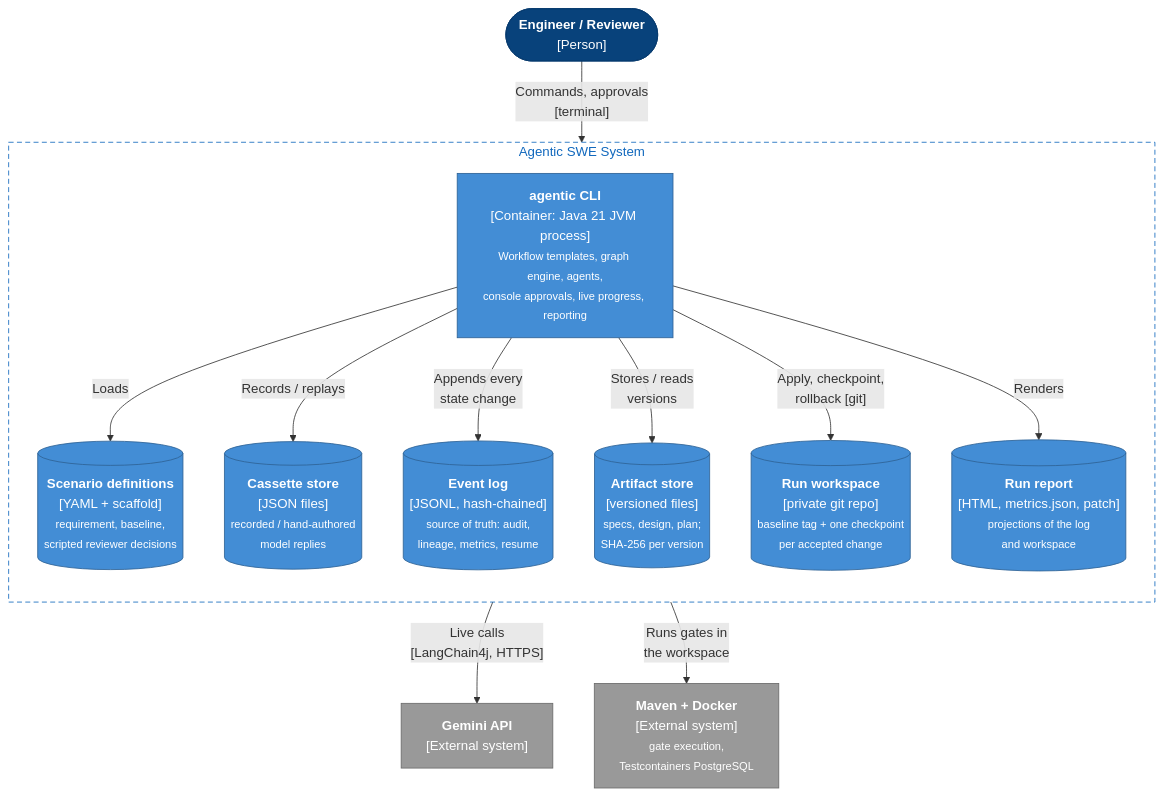
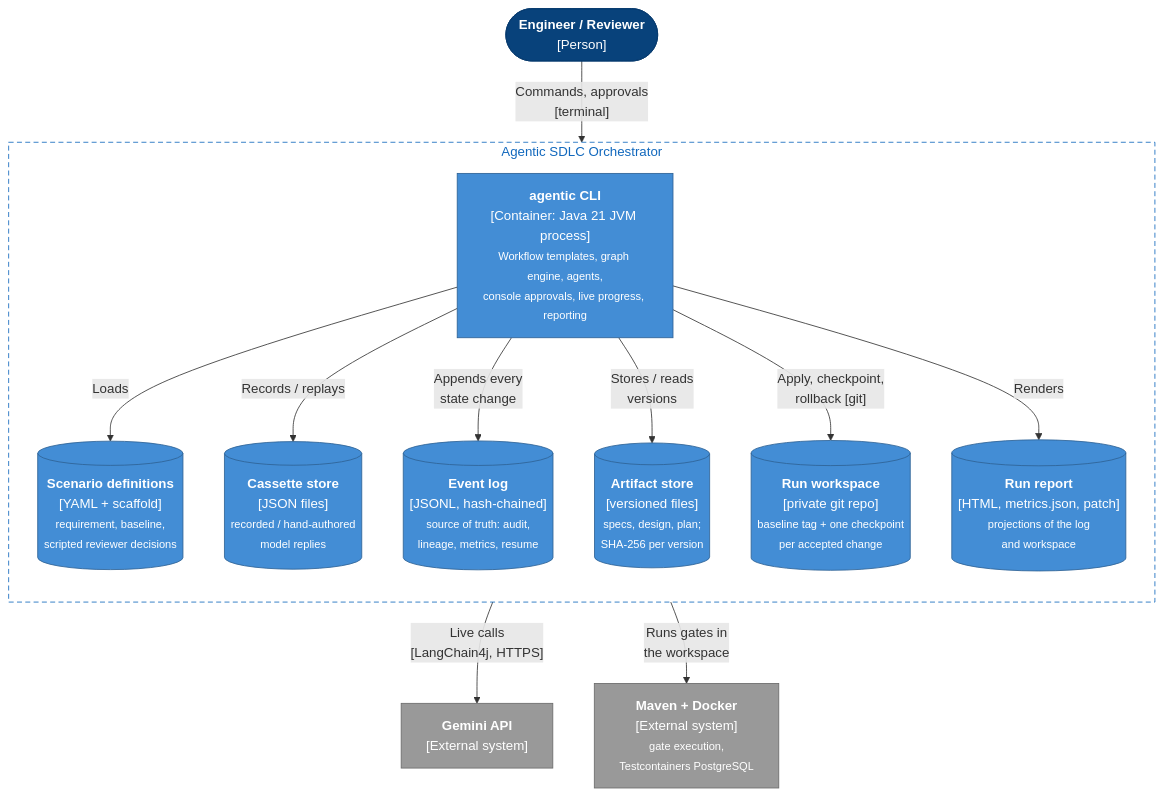
One commit to Marisha-Sahay/agentic-sdlc-orchestrator changed the second of 6 diagrams in docs/c4-model.md. Above: the diagram before and after it, drawn with Mermaid. The commit also changed other lines of this file and 12 other files, not shown here.

Commit message:
Rename to agentic-sdlc-orchestrator, add the auth ADR and refresh doc numbers

````diff
--- a/docs/c4-model.md
+++ b/docs/c4-model.md
@@ -61,36 +61,36 @@
 ```mermaid
 flowchart TB
   user(["<b>Engineer / Reviewer</b><br/>[Person]"])
 
-  subgraph sys["Agentic SWE System"]
+  subgraph sys["Agentic SDLC Orchestrator"]
     direction TB
     cli["<b>agentic CLI</b><br/>[Container: Java 21 JVM process]<br/><small>Workflow templates, graph engine, agents,<br/>console approvals, live progress, reporting</small>"]
     scenarios[("<b>Scenario definitions</b><br/>[YAML + scaffold]<br/><small>requirement, baseline,<br/>scripted reviewer decisions</small>")]
     cassettes[("<b>Cassette store</b><br/>[JSON files]<br/><small>recorded / hand-authored<br/>model replies</small>")]
     eventlog[("<b>Event log</b><br/>[JSONL, hash-chained]<br/><small>source of truth: audit,<br/>lineage, metrics, resume</small>")]
     artifacts[("<b>Artifact store</b><br/>[versioned files]<br/><small>specs, design, plan;<br/>SHA-256 per version</small>")]
     workspace[("<b>Run workspace</b><br/>[private git repo]<br/><small>baseline tag + one checkpoint<br/>per accepted change</small>")]
     report[("<b>Run report</b><br/>[HTML, metrics.json, patch]<br/><small>projections of the log<br/>and workspace</small>")]
   end
 
   llm["<b>Gemini API</b><br/>[External system]"]
   toolchain["<b>Maven + Docker</b><br/>[External system]<br/><small>gate execution,<br/>Testcontainers PostgreSQL</small>"]
 
   user -- "Commands, approvals<br/>[terminal]" --> cli
   cli -- "Loads" --> scenarios
   cli -- "Records / replays" --> cassettes
   cli -- "Live calls<br/>[LangChain4j, HTTPS]" --> llm
   cli -- "Appends every<br/>state change" --> eventlog
   cli -- "Stores / reads<br/>versions" --> artifacts
   cli -- "Apply, checkpoint,<br/>rollback [git]" --> workspace
   cli -- "Runs gates in<br/>the workspace" --> toolchain
   cli -- "Renders" --> report
 
   classDef person fill:#08427b,stroke:#073b6f,color:#fff
   classDef container fill:#438dd5,stroke:#2e6295,color:#fff
   classDef external fill:#999999,stroke:#6b6b6b,color:#fff
   class user person
   class cli,scenarios,cassettes,eventlog,artifacts,workspace,report container
   class llm,toolchain external
   style sys fill:none,stroke:#1168bd,stroke-dasharray:6 4,color:#1168bd
 ```
````
